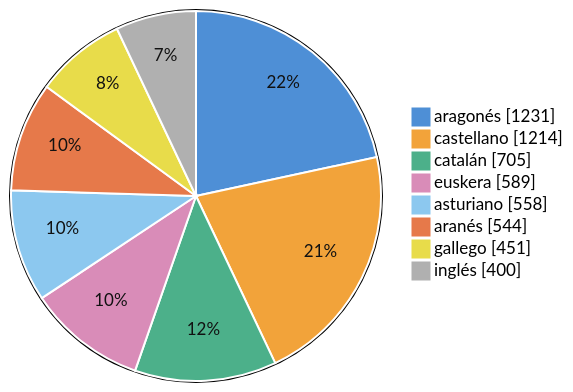
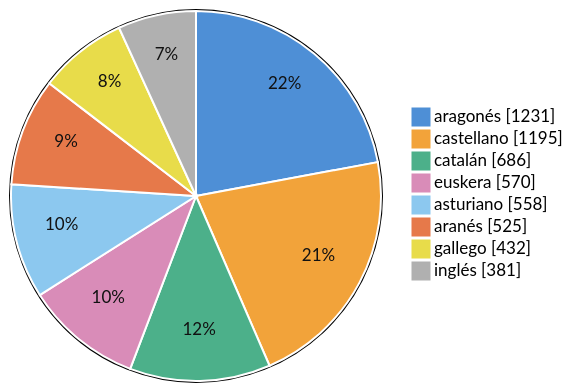
The third of 6 diagrams in docs/estado.md (alertapublica/territorios-es), drawn with Mermaid before and after one commit. The commit also changed other lines of this file and 8 other files, not shown here.

````diff
--- a/docs/estado.md
+++ b/docs/estado.md
@@ -81,12 +97,13 @@
 ```mermaid
 %%{init: {"themeVariables": {"pie1": "#4e8fd6", "pie2": "#f2a33a", "pie3": "#4cb08a", "pie4": "#d98cb8", "pie5": "#8cc8ef", "pie6": "#e6794a", "pie7": "#e8dc4a", "pie8": "#b0b0b0", "pieSectionTextColor": "#111111", "pieStrokeColor": "#ffffff", "pieOpacity": "1"}}}%%
 pie showData
+  accTitle: Nombres por idioma de Wikidata (todos los territorios)
   "aragonés" : 1231
-  "castellano" : 1214
-  "catalán" : 705
-  "euskera" : 589
+  "castellano" : 1195
+  "catalán" : 686
+  "euskera" : 570
   "asturiano" : 558
-  "aranés" : 544
-  "gallego" : 451
-  "inglés" : 400
+  "aranés" : 525
+  "gallego" : 432
+  "inglés" : 381
 ```
````
